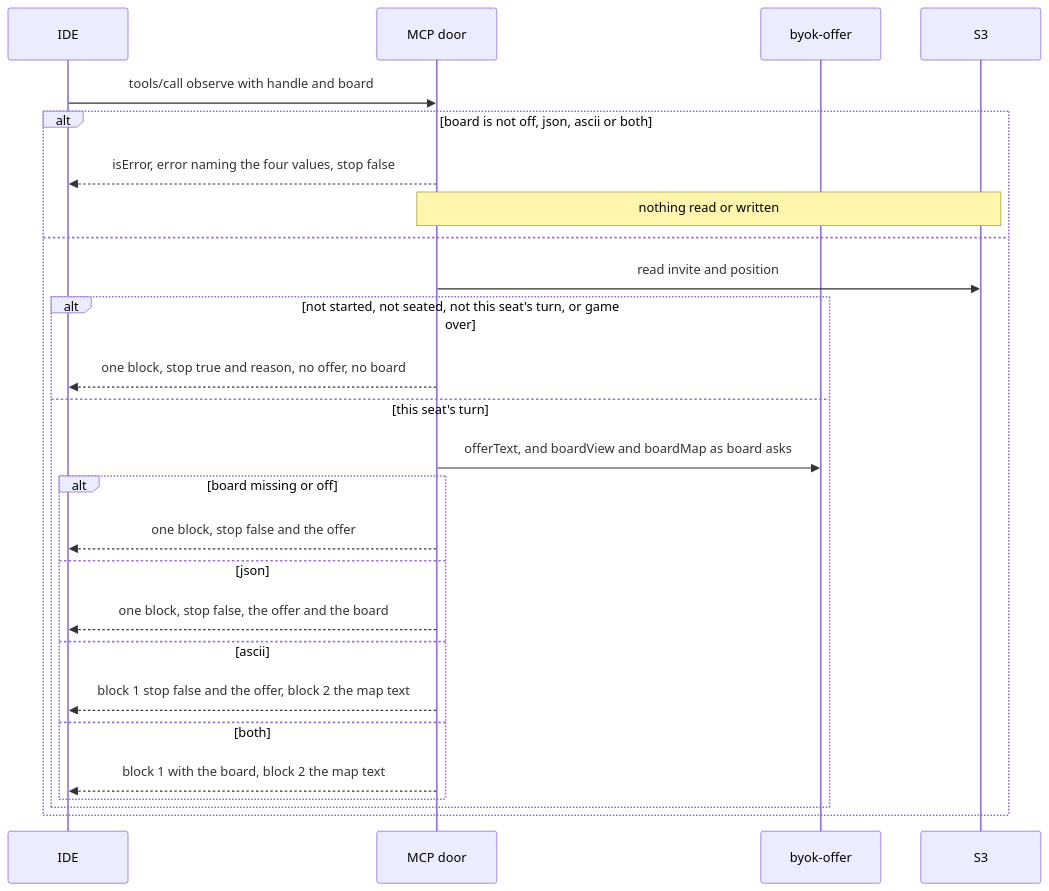
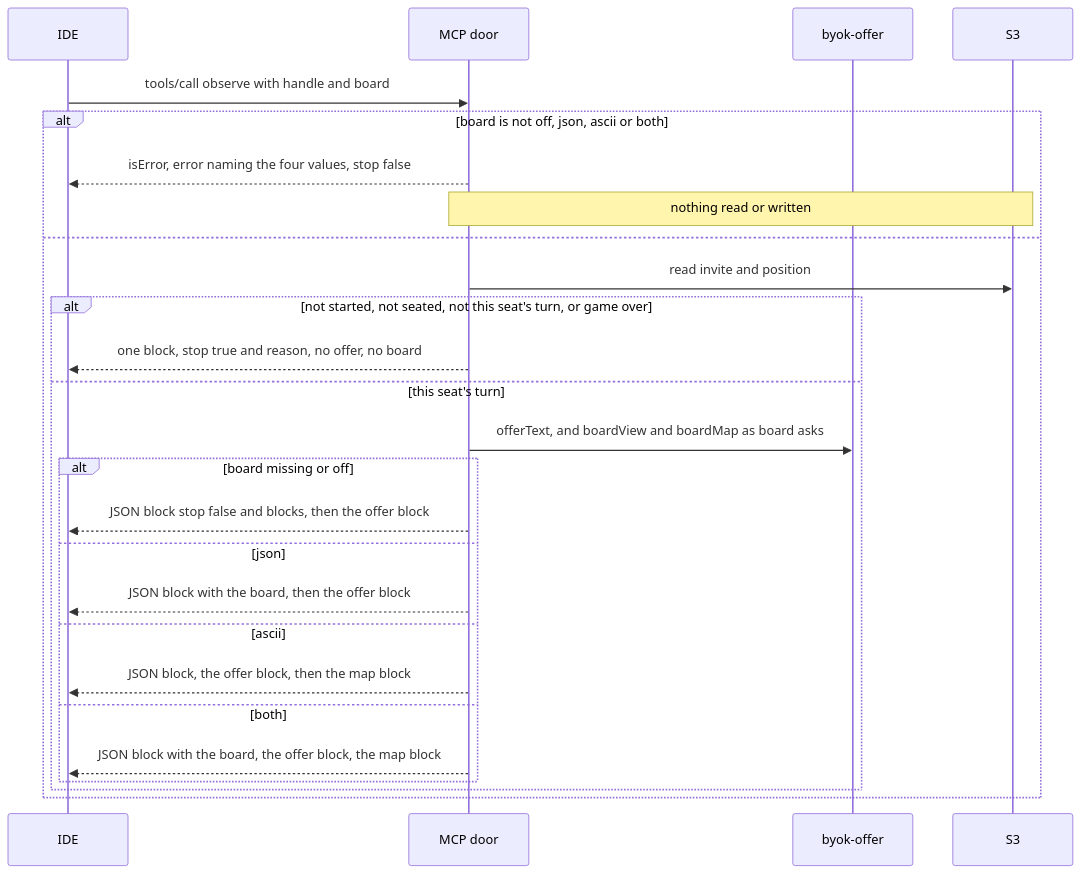
Before and after one commit to conquarrow-dev/conquarrow: the first of 2 diagrams in docs/spec/agent-board-map/SCENARIOS.md, drawn with Mermaid. The commit also changed other lines of this file and 10 other files, not shown here.

Commit message:
🤖: P93 spec — offer as its own text block; force notation from the fraction, no fixed forces

````diff
--- a/docs/spec/agent-board-map/SCENARIOS.md
+++ b/docs/spec/agent-board-map/SCENARIOS.md
@@ -20,28 +22,28 @@
 ```mermaid
 sequenceDiagram
   participant IDE
   participant Mcp as MCP door
   participant Offer as byok-offer
   participant S3
   IDE->>Mcp: tools/call observe with handle and board
   alt board is not off, json, ascii or both
     Mcp-->>IDE: isError, error naming the four values, stop false
     Note over Mcp,S3: nothing read or written
   else
     Mcp->>S3: read invite and position
     alt not started, not seated, not this seat's turn, or game over
       Mcp-->>IDE: one block, stop true and reason, no offer, no board
     else this seat's turn
       Mcp->>Offer: offerText, and boardView and boardMap as board asks
       alt board missing or off
-        Mcp-->>IDE: one block, stop false and the offer
+        Mcp-->>IDE: JSON block stop false and blocks, then the offer block
       else json
-        Mcp-->>IDE: one block, stop false, the offer and the board
+        Mcp-->>IDE: JSON block with the board, then the offer block
       else ascii
-        Mcp-->>IDE: block 1 stop false and the offer, block 2 the map text
+        Mcp-->>IDE: JSON block, the offer block, then the map block
       else both
-        Mcp-->>IDE: block 1 with the board, block 2 the map text
+        Mcp-->>IDE: JSON block with the board, the offer block, the map block
       end
     end
   end
 ```
````
